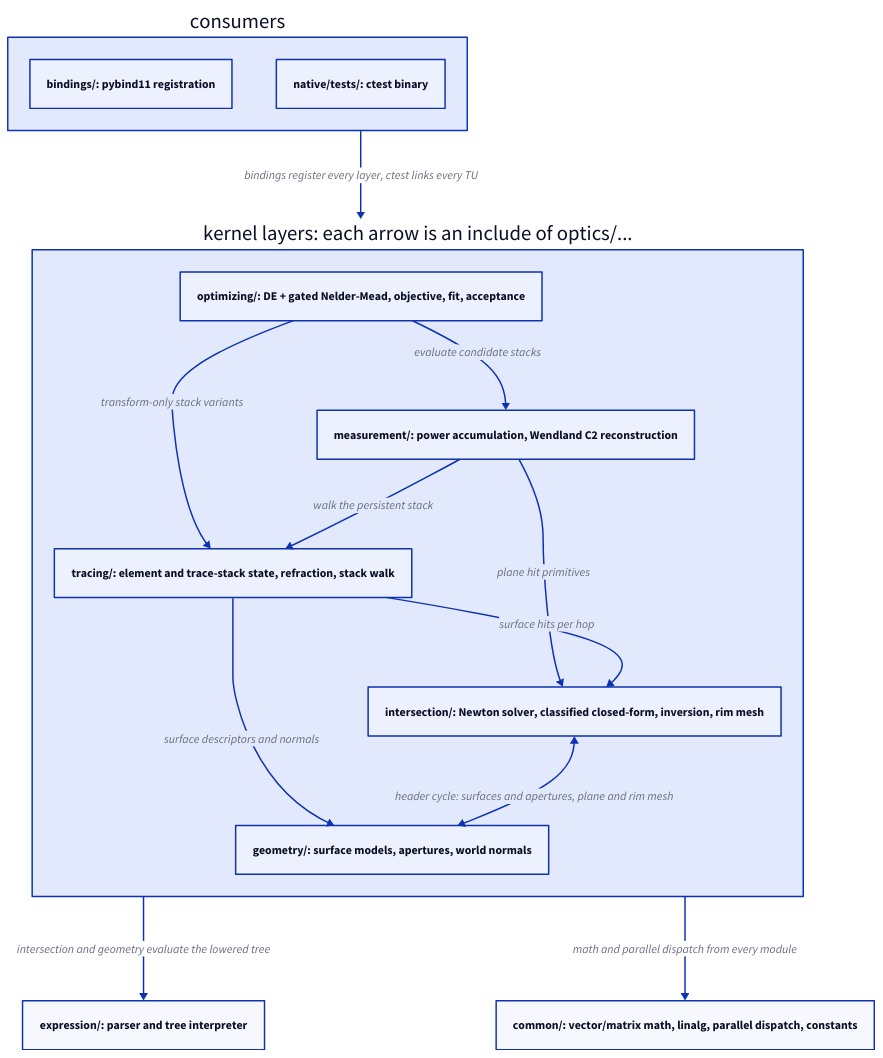
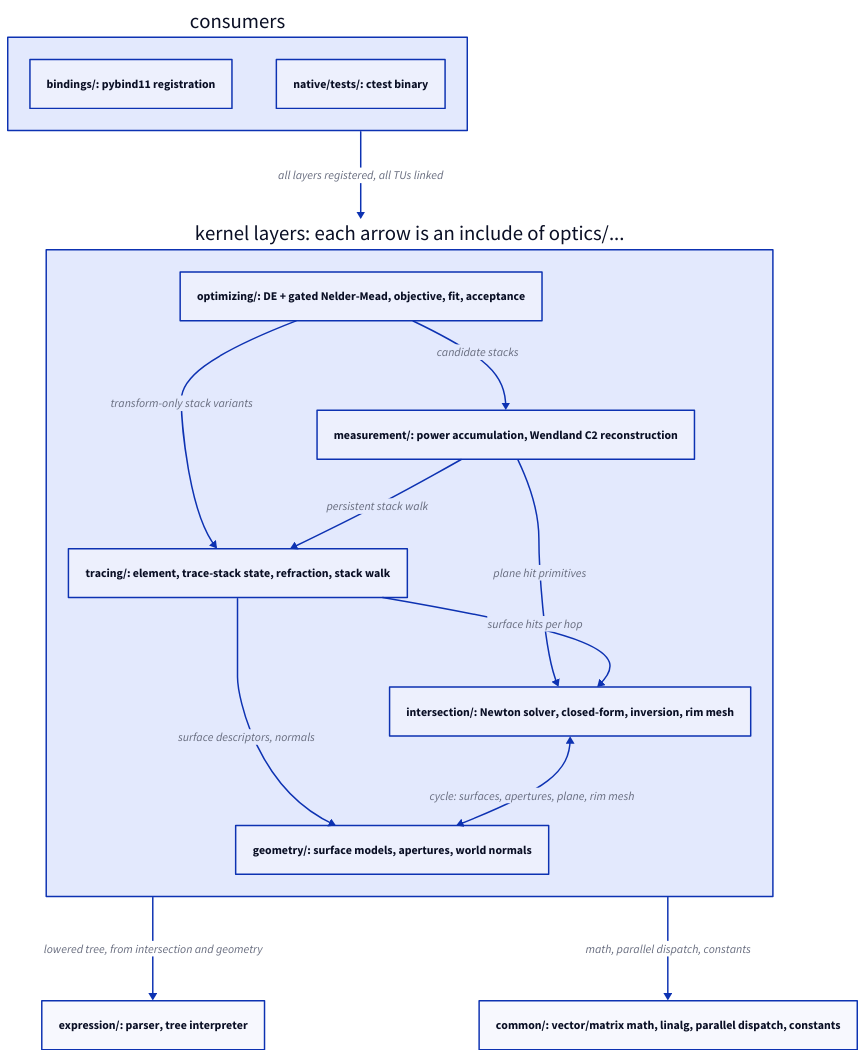
One commit to propane865/OpticsSimulator changed the diagram in docs/diagrams/native-modules.d2. Above: the diagram before and after it, drawn with D2. The commit also changed 14 other files, not shown here.

Commit message:
docs: improve diagrams

```diff
--- a/docs/diagrams/native-modules.d2
+++ b/docs/diagrams/native-modules.d2
@@ -1,30 +1,30 @@
 direction: down
 
-consumers: "consumers" {
+consumers: {
   direction: right
   bindings: "bindings/: pybind11 registration"
   ntests: "native/tests/: ctest binary"
 }
 
 kernels: "kernel layers: each arrow is an include of optics/..." {
   optimizing: "optimizing/: DE + gated Nelder-Mead, objective, fit, acceptance"
   measurement: "measurement/: power accumulation, Wendland C2 reconstruction"
-  tracing: "tracing/: element and trace-stack state, refraction, stack walk"
-  intersection: "intersection/: Newton solver, classified closed-form, inversion, rim mesh"
+  tracing: "tracing/: element, trace-stack state, refraction, stack walk"
+  intersection: "intersection/: Newton solver, closed-form, inversion, rim mesh"
   geometry: "geometry/: surface models, apertures, world normals"
 
-  optimizing -> measurement: evaluate candidate stacks
+  optimizing -> measurement: candidate stacks
   optimizing -> tracing: transform-only stack variants
-  measurement -> tracing: walk the persistent stack
+  measurement -> tracing: persistent stack walk
   measurement -> intersection: plane hit primitives
   tracing -> intersection: surface hits per hop
-  tracing -> geometry: surface descriptors and normals
-  intersection <-> geometry: "header cycle: surfaces and apertures, plane and rim mesh"
+  tracing -> geometry: surface descriptors, normals
+  intersection <-> geometry: "cycle: surfaces, apertures, plane, rim mesh"
 }
 
-expression: "expression/: parser and tree interpreter"
+expression: "expression/: parser, tree interpreter"
 common: "common/: vector/matrix math, linalg, parallel dispatch, constants"
 
-consumers -> kernels: "bindings register every layer, ctest links every TU"
-kernels -> expression: intersection and geometry evaluate the lowered tree
-kernels -> common: math and parallel dispatch from every module
+consumers -> kernels: "all layers registered, all TUs linked"
+kernels -> expression: "lowered tree, from intersection and geometry"
+kernels -> common: "math, parallel dispatch, constants"
```
